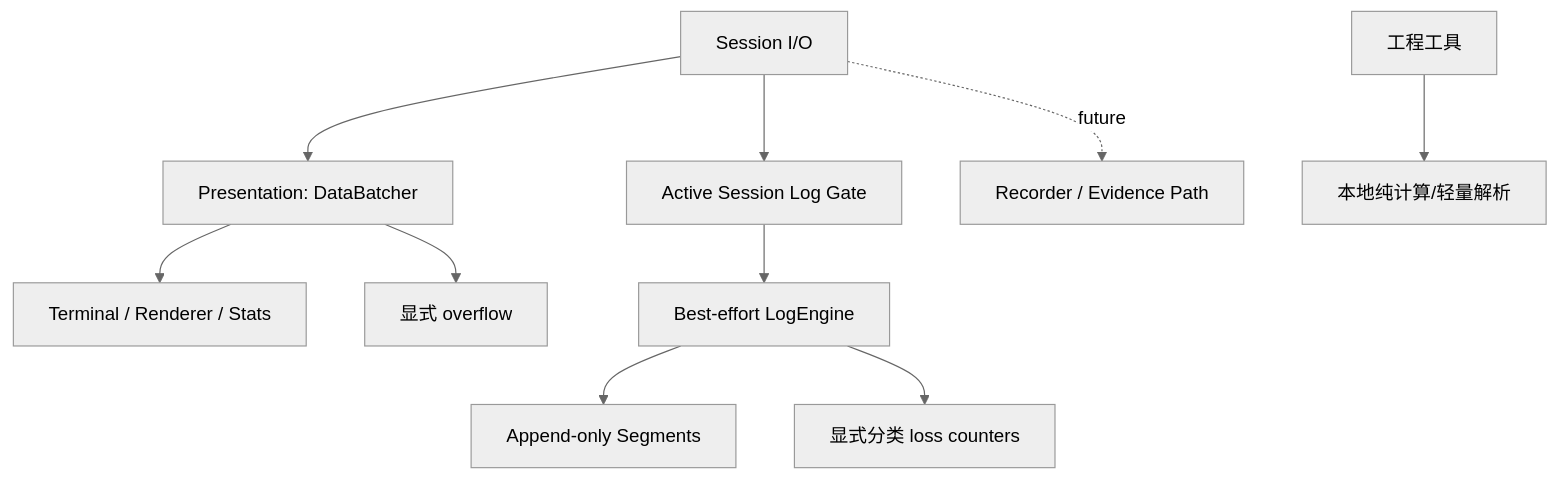
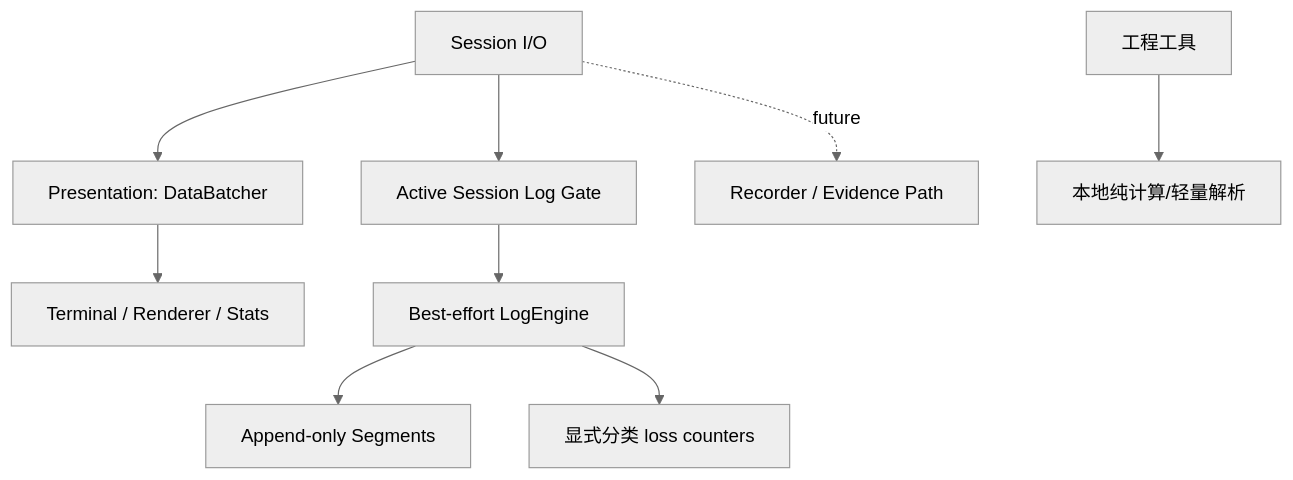
One commit to hamburger-os/TauTerm changed the diagram in docs/modules/OBSERVABILITY_TOOLS.md. Above: the diagram before and after it, drawn with Mermaid (neutral theme). The commit also changed other lines of this file and 37 other files, not shown here.

````diff
--- a/docs/modules/OBSERVABILITY_TOOLS.md
+++ b/docs/modules/OBSERVABILITY_TOOLS.md
@@ -126,12 +128,11 @@
 ```mermaid
 flowchart TB
   IO["Session I/O"] --> Batch["Presentation: DataBatcher"]
   Batch --> UI["Terminal / Renderer / Stats"]
-  Batch --> Loss["显式 overflow"]
   IO --> Gate["Active Session Log Gate"]
   Gate --> Log["Best-effort LogEngine"]
   Log --> Files["Append-only Segments"]
   Log --> LogLoss["显式分类 loss counters"]
   IO -. future .-> Evidence["Recorder / Evidence Path"]
   Tools["工程工具"] --> Local["本地纯计算/轻量解析"]
 ```
````
